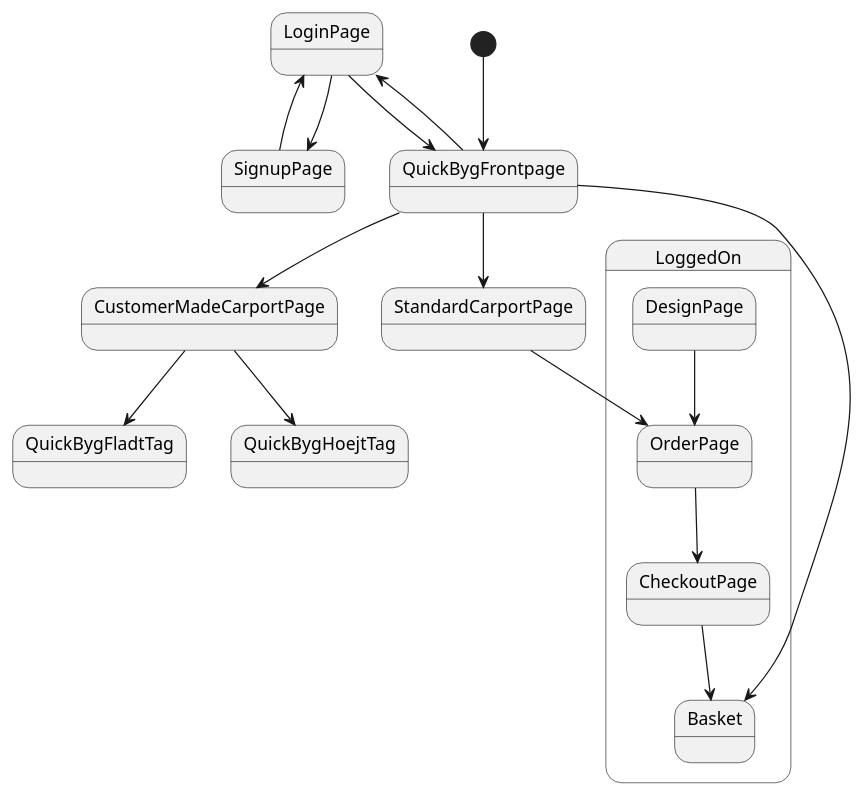
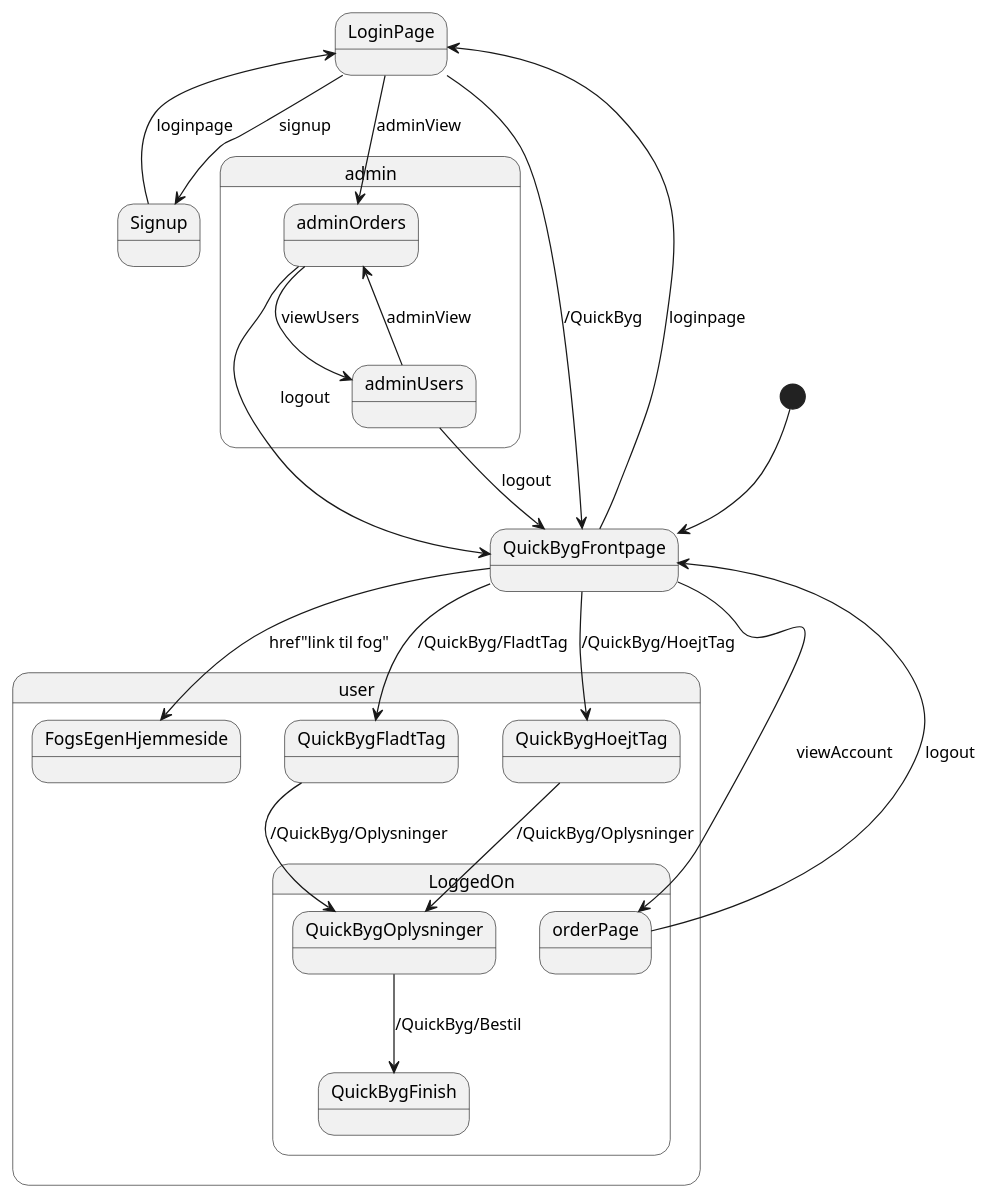
The diagram in NavigationsDiagram.puml (cphmk/Semesterprojekt---Fog-Carport), drawn with PlantUML before and after one commit.

```diff
--- a/NavigationsDiagram.puml
+++ b/NavigationsDiagram.puml
@@ -1,26 +1,31 @@
 @startuml
 'https://plantuml.com/activity-diagram-beta
 
 [*] --> QuickBygFrontpage
-QuickBygFrontpage --> StandardCarportPage
-QuickBygFrontpage --> LoginPage
-LoginPage --> QuickBygFrontpage
-QuickBygFrontpage --> CustomerMadeCarportPage
-LoginPage --> SignupPage
-LoginPage <-- SignupPage
-CustomerMadeCarportPage -->  QuickBygFladtTag
-CustomerMadeCarportPage --> QuickBygHoejtTag
-
-
-
+QuickBygFrontpage --> LoginPage :loginpage
+LoginPage --> QuickBygFrontpage :/QuickByg
+LoginPage --> Signup :signup
+LoginPage <-- Signup :loginpage
+state user{
+QuickBygFrontpage --> FogsEgenHjemmeside :href"link til fog"
+QuickBygFrontpage -->  QuickBygFladtTag :/QuickByg/FladtTag
+QuickBygFrontpage --> QuickBygHoejtTag :/QuickByg/HoejtTag
 
 state LoggedOn {
-QuickBygFrontpage --> Basket
-StandardCarportPage --> OrderPage
-DesignPage --> OrderPage
-OrderPage --> CheckoutPage
-CheckoutPage --> Basket
+QuickBygFrontpage --> orderPage :viewAccount
+QuickBygHoejtTag --> QuickBygOplysninger :/QuickByg/Oplysninger
+QuickBygFladtTag --> QuickBygOplysninger :/QuickByg/Oplysninger
+QuickBygOplysninger --> QuickBygFinish :/QuickByg/Bestil
+orderPage --> QuickBygFrontpage :logout
+}
+}
+
+state admin {
+LoginPage --> adminOrders :adminView
+adminOrders --> adminUsers : viewUsers
+adminUsers --> adminOrders :adminView
+adminOrders --> QuickBygFrontpage :logout
+adminUsers --> QuickBygFrontpage :logout
 
 }
-
 @enduml
```
